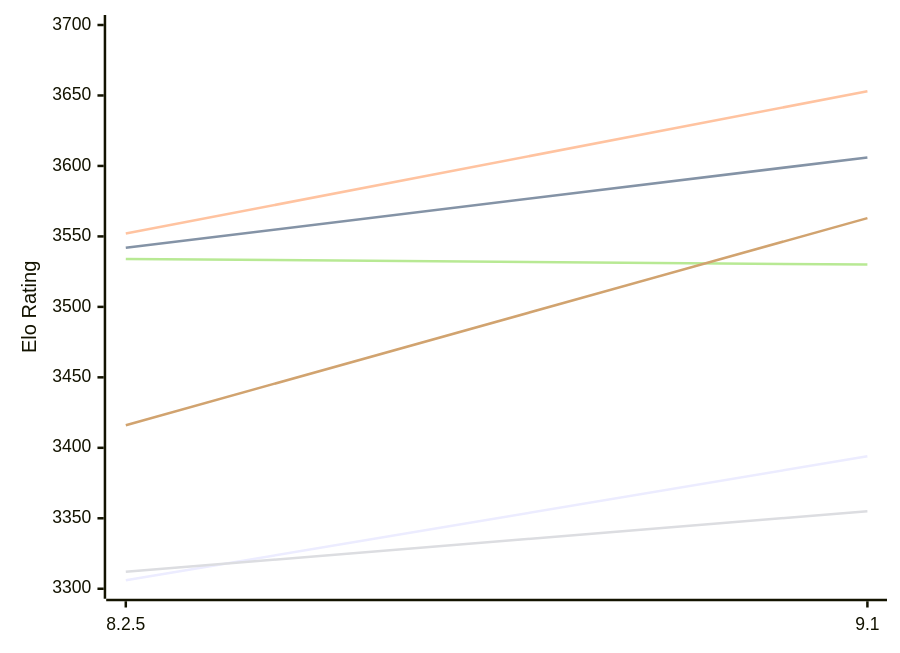
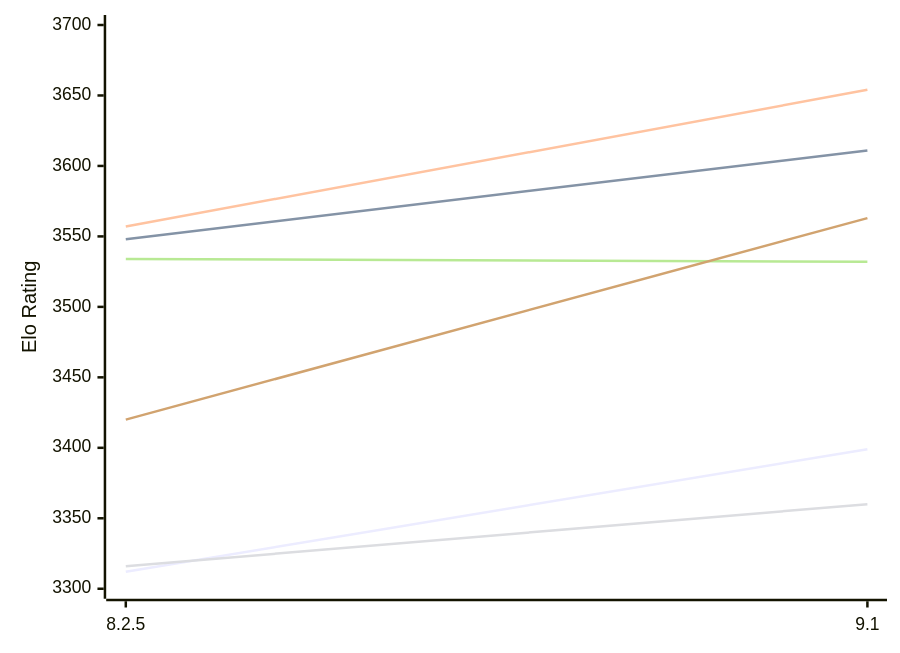
One commit to computer-chess-index/cci changed the first of 2 diagrams in engines/Clover.md. Above: the diagram before and after it, drawn with Mermaid. The commit also changed other lines of this file, not shown here.

Commit message:
Update CCI Ratings (ELO VLTC) - 2026-11-20

````diff
--- a/engines/Clover.md
+++ b/engines/Clover.md
@@ -52,12 +52,12 @@
 ```mermaid
 %%{init: {"theme":"base","themeVariables":{"seriesColors:['#a3a3a3','#222221','#faa371']}}}%%
 xychart-beta
   x-axis ["8.2.5", "9.1"]
   y-axis "Elo Rating" 3300 --> 3700
-  line "E1: STC (8.0+0.08s)" [3306, 3394]
-  line "E1: LTC (60.0+0.60s)" [3542, 3606]
-  line "E1: VLTC (2m24s+1.12s)" [3552, 3653]
-  line "P1: STC (8.0+0.08s)" [3312, 3355]
-  line "P1: LTC (60.0+0.60s)" [3534, 3530]
-  line "P1: VLTC (2m24s+1.12s)" [3416, 3563]
+  line "E1: STC (8.0+0.08s)" [3312, 3399]
+  line "E1: LTC (60.0+0.60s)" [3548, 3611]
+  line "E1: VLTC (2m24s+1.12s)" [3557, 3654]
+  line "P1: STC (8.0+0.08s)" [3316, 3360]
+  line "P1: LTC (60.0+0.60s)" [3534, 3532]
+  line "P1: VLTC (2m24s+1.12s)" [3420, 3563]
 ```
````
